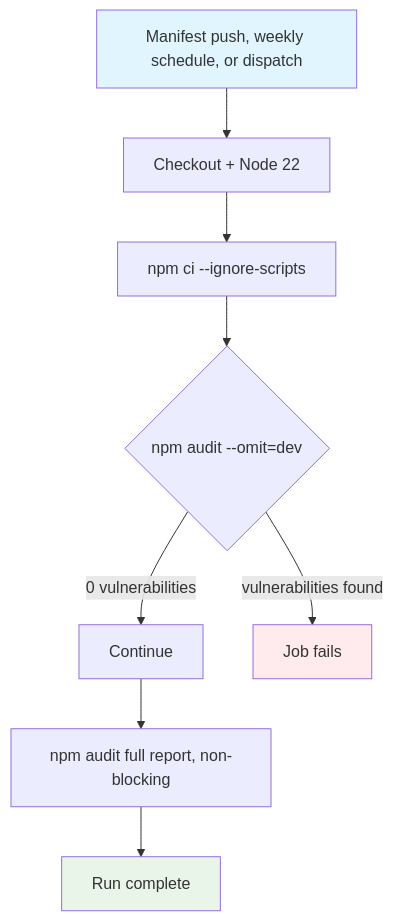
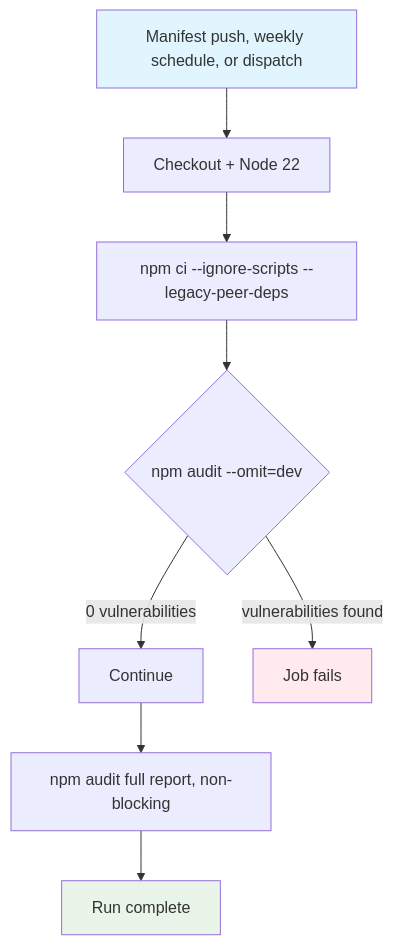
One commit to Athen2045/AniStream changed the diagram in spec/spec-process-cicd-security-audit.md. Above: the diagram before and after it, drawn with Mermaid. The commit also changed other lines of this file and 6 other files, not shown here.

Commit message:
feat: update CI/CD workflows to include linting, formatting checks, and unit tests; switch to npm ci --legacy-peer-deps for dependency installation

````diff
--- a/spec/spec-process-cicd-security-audit.md
+++ b/spec/spec-process-cicd-security-audit.md
@@ -18,14 +18,14 @@
 ```mermaid
 graph TD
     A[Manifest push, weekly schedule, or dispatch] --> B[Checkout + Node 22]
-    B --> C[npm ci --ignore-scripts]
+    B --> C["npm ci --ignore-scripts --legacy-peer-deps"]
     C --> D{npm audit --omit=dev}
     D -->|0 vulnerabilities| E[Continue]
     D -->|vulnerabilities found| F[Job fails]
     E --> G[npm audit full report, non-blocking]
     G --> H[Run complete]
 
     style A fill:#e1f5fe
     style H fill:#e8f5e8
     style F fill:#ffebee
 ```
````
